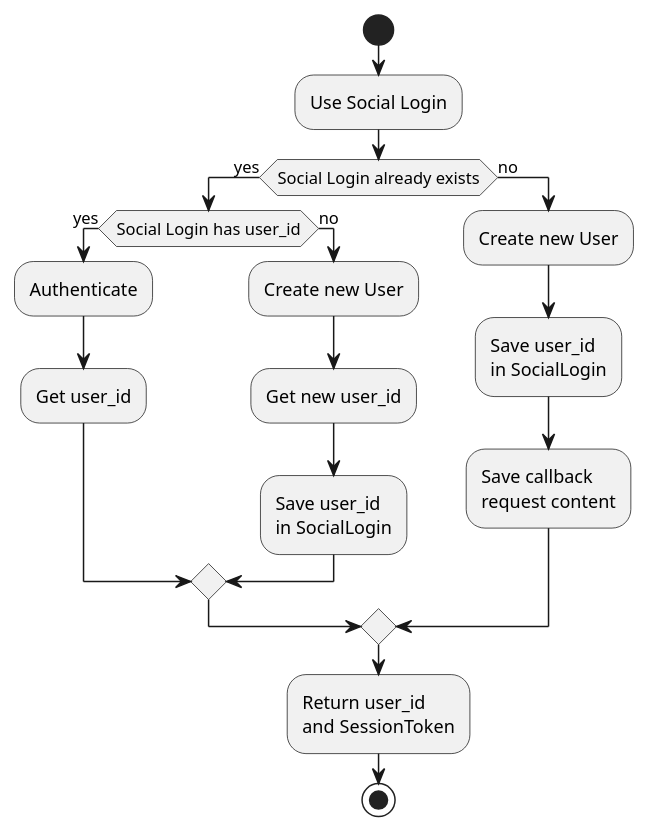
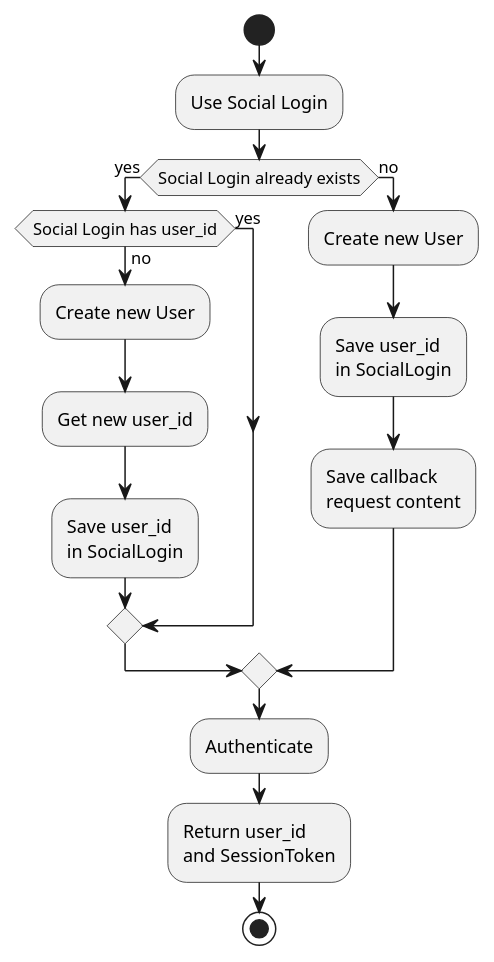
The diagram in src/diagrams/first_login.plantuml (aoe-elo/docs), drawn with PlantUML before and after one commit. The commit also changed 1 other file, not shown here.

Commit message:
docs(diagrams): refine social login registration

```diff
--- a/src/diagrams/first_login.plantuml
+++ b/src/diagrams/first_login.plantuml
@@ -1,20 +1,19 @@
 @startuml SocialLogin Registration Flow
 start
 :Use Social Login;
 if (Social Login already exists) then (yes)
   if (Social Login has user_id) then (yes)
-    :Authenticate;
-    :Get user_id;
   else (no)
     :Create new User;
     :Get new user_id;
     :Save user_id\nin SocialLogin;
   endif
 else (no)
   :Create new User;
   :Save user_id\nin SocialLogin;
   :Save callback\nrequest content;
 endif
+:Authenticate;
 :Return user_id\nand SessionToken;
 stop
 @enduml
```
